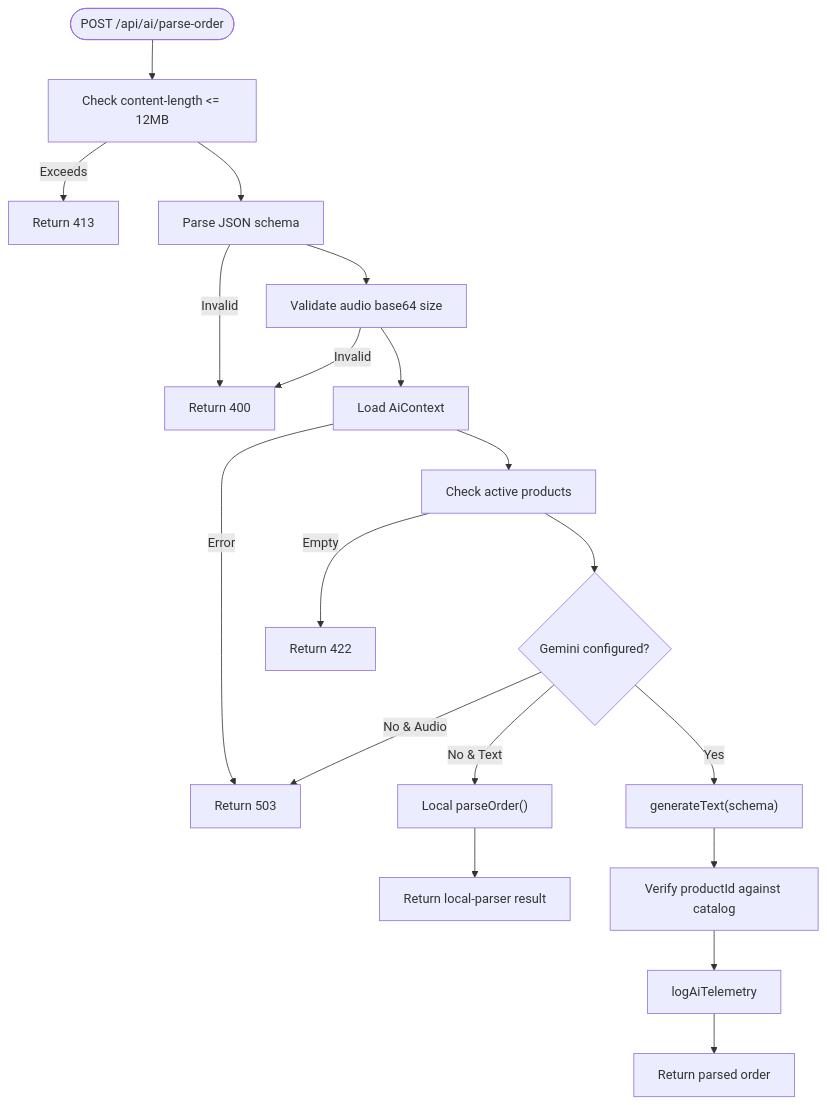
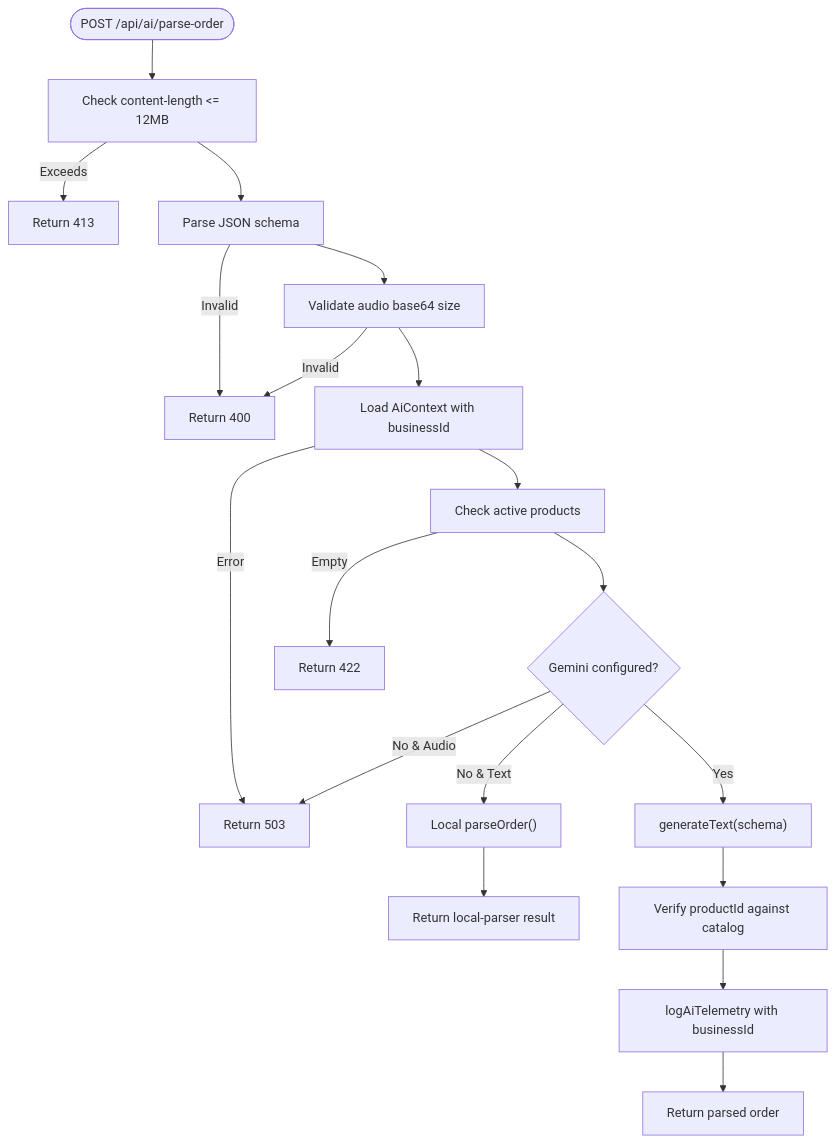
Before and after one commit to aarz24/Laris_HackathonGTNIC2026: the third of 8 diagrams in .qoder/repowiki/en/content/API Reference/API Reference.md, drawn with Mermaid. The commit also changed other lines of this file and 58 other files, not shown here.

````diff
--- a/.qoder/repowiki/en/content/API Reference/API Reference.md
+++ b/.qoder/repowiki/en/content/API Reference/API Reference.md
@@ -180,21 +197,21 @@
 ```mermaid
 flowchart TD
 Start(["POST /api/ai/parse-order"]) --> CheckSize["Check content-length <= 12MB"]
 CheckSize --> |Exceeds| Err413["Return 413"]
 CheckSize --> ParseBody["Parse JSON schema"]
 ParseBody --> |Invalid| Err400["Return 400"]
 ParseBody --> ValidateAudio["Validate audio base64 size"]
 ValidateAudio --> |Invalid| Err400
-ValidateAudio --> LoadContext["Load AiContext"]
+ValidateAudio --> LoadContext["Load AiContext with businessId"]
 LoadContext --> |Error| Err503["Return 503 or 401/403"]
 LoadContext --> CheckCatalog["Check active products"]
 CheckCatalog --> |Empty| Err422["Return 422"]
 CheckCatalog --> HasGemini{"Gemini configured?"}
 HasGemini --> |No & Audio| Err503["Return 503"]
 HasGemini --> |No & Text| Fallback["Local parseOrder()"]
 HasGemini --> |Yes| Generate["generateText(schema)"]
 Generate --> VerifyItems["Verify productId against catalog"]
-VerifyItems --> LogTelemetry["logAiTelemetry"]
+VerifyItems --> LogTelemetry["logAiTelemetry with businessId"]
 LogTelemetry --> ReturnSuccess["Return parsed order"]
 Fallback --> ReturnFallback["Return local-parser result"]
 ```
````
